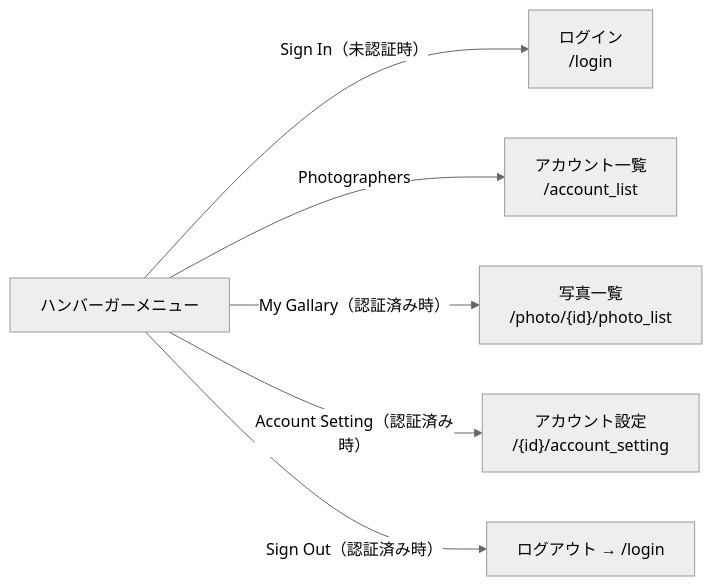
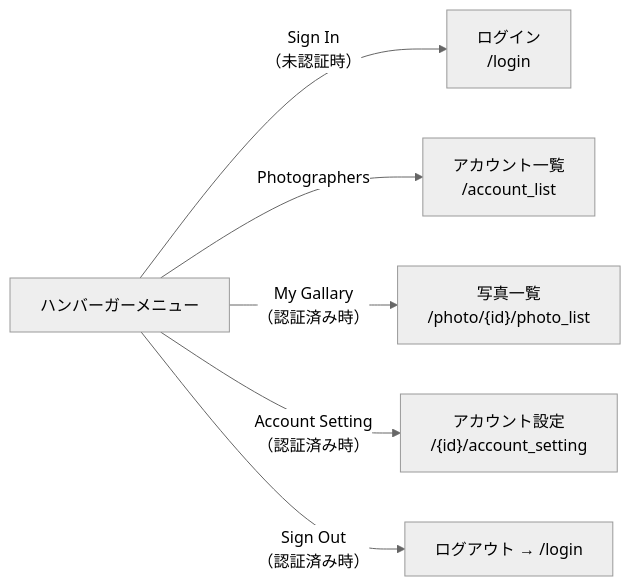
Before and after one commit to KentoKodama214/WebGallary: the second of 6 diagrams in doc/view/screen-transition.md, drawn with Mermaid (neutral theme). The commit also changed other lines of this file, not shown here.

Commit message:
mermaid内の\nを<br\>に置き換え

````diff
--- a/doc/view/screen-transition.md
+++ b/doc/view/screen-transition.md
@@ -69,10 +69,10 @@
 ```mermaid
 graph LR
     MENU["ハンバーガーメニュー"]
 
-    MENU -->|"Sign In（未認証時）"| LOGIN["ログイン\n/login"]
-    MENU -->|"Photographers"| ACCOUNT_LIST["アカウント一覧\n/account_list"]
-    MENU -->|"My Gallary（認証済み時）"| PHOTO_LIST["写真一覧\n/photo/{id}/photo_list"]
-    MENU -->|"Account Setting（認証済み時）"| ACCOUNT_SETTING["アカウント設定\n/{id}/account_setting"]
-    MENU -->|"Sign Out（認証済み時）"| LOGOUT["ログアウト → /login"]
+    MENU -->|"Sign In<br/>（未認証時）"| LOGIN["ログイン<br/>/login"]
+    MENU -->|"Photographers"| ACCOUNT_LIST["アカウント一覧<br/>/account_list"]
+    MENU -->|"My Gallary<br/>（認証済み時）"| PHOTO_LIST["写真一覧<br/>/photo/{id}/photo_list"]
+    MENU -->|"Account Setting<br/>（認証済み時）"| ACCOUNT_SETTING["アカウント設定<br/>/{id}/account_setting"]
+    MENU -->|"Sign Out<br/>（認証済み時）"| LOGOUT["ログアウト → /login"]
 ```
````
